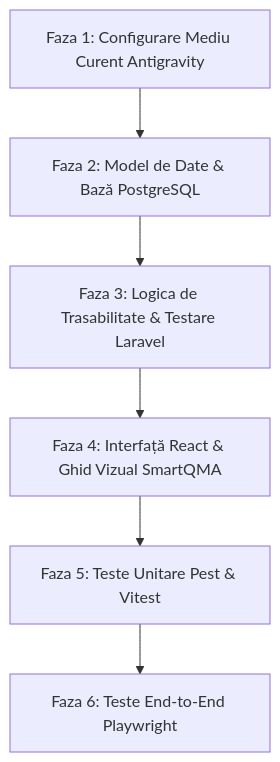
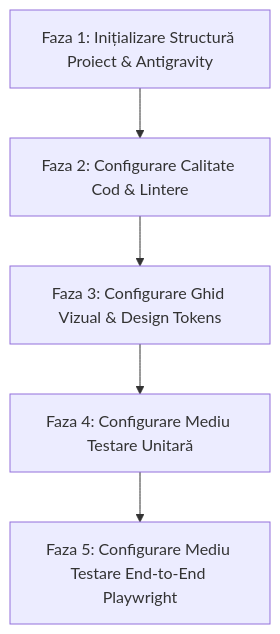
Before and after one commit to sebiseba2022/SmartQMA: the diagram in docs/ACTION_PLAN.md, drawn with Mermaid. The commit also changed other lines of this file and 4 other files, not shown here.

````diff
--- a/docs/ACTION_PLAN.md
+++ b/docs/ACTION_PLAN.md
@@ -28,8 +21,7 @@
 ```mermaid
 flowchart TD
-    F1[Faza 1: Configurare Mediu Curent Antigravity] --> F2[Faza 2: Model de Date & Bază PostgreSQL]
-    F2 --> F3[Faza 3: Logica de Trasabilitate & Testare Laravel]
-    F3 --> F4[Faza 4: Interfață React & Ghid Vizual SmartQMA]
-    F4 --> F5[Faza 5: Teste Unitare Pest & Vitest]
-    F5 --> F6[Faza 6: Teste End-to-End Playwright]
+    F1[Faza 1: Inițializare Structură Proiect & Antigravity] --> F2[Faza 2: Configurare Calitate Cod & Lintere]
+    F2 --> F3[Faza 3: Configurare Ghid Vizual & Design Tokens]
+    F3 --> F4[Faza 4: Configurare Mediu Testare Unitară]
+    F4 --> F5[Faza 5: Configurare Mediu Testare End-to-End Playwright]
 ```
````
